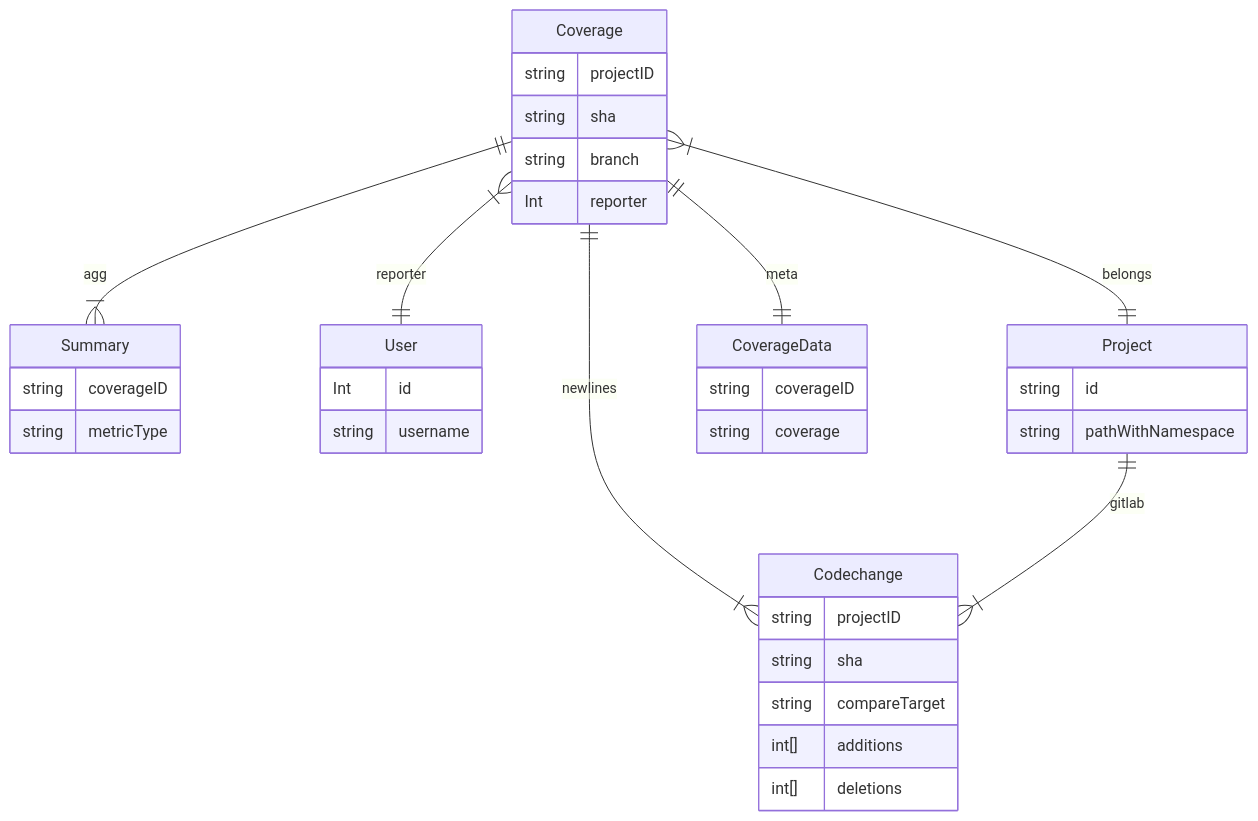
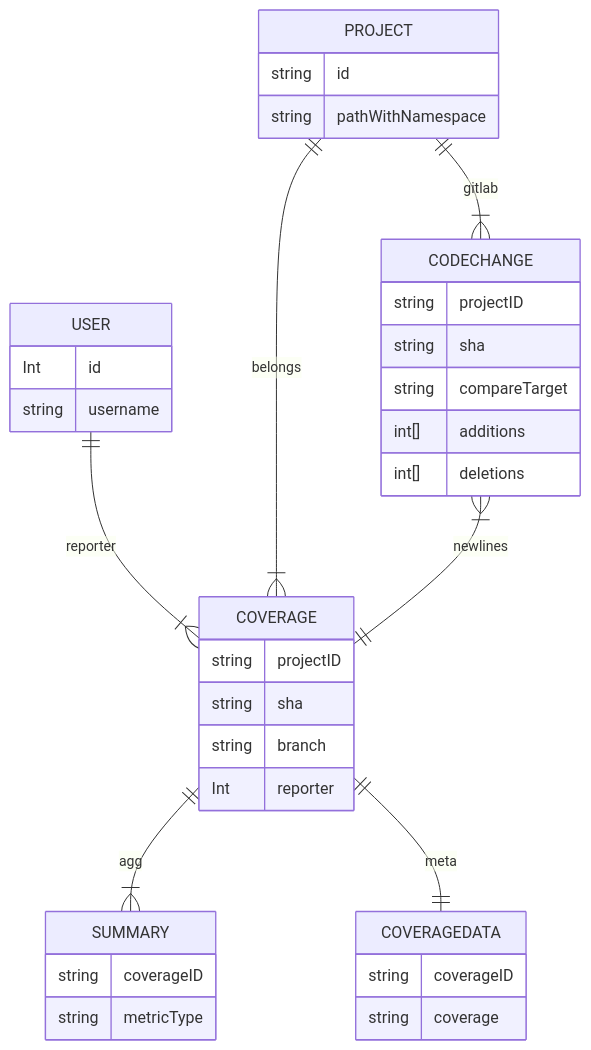
One commit to zhangtao25/canyon-design changed the diagram in er.md. Above: the diagram before and after it, drawn with Mermaid.

````diff
--- a/er.md
+++ b/er.md
@@ -1,39 +1,38 @@
 ```mermaid
 erDiagram
-    coverage[Coverage] {
+    COVERAGE ||--|{ SUMMARY : agg
+    COVERAGE {
         string projectID
         string sha
         string branch
         Int reporter
     }
-    summary["Summary"] {
+    SUMMARY {
         string coverageID
         string metricType
     }
-    user["User"] {
+    USER ||--|{ COVERAGE : reporter
+    USER {
         Int id
         string username
     }
-    project["Project"] {
+    PROJECT ||--|{ COVERAGE : belongs
+    PROJECT {
         string id
         string pathWithNamespace
     }
-    codechange["Codechange"] {
+    CODECHANGE }|--|| COVERAGE : newlines
+    CODECHANGE {
         string projectID
         string sha
         string compareTarget
         int[] additions
         int[] deletions
     }
-    coveragedata[CoverageData] {
+    COVERAGE ||--|| COVERAGEDATA : meta
+    COVERAGEDATA {
         string coverageID
         string coverage
     }
-    
-    coverage ||--|| coveragedata : meta
-    coverage ||--|{ summary : agg
-    coverage ||--|{ codechange : newlines
-    coverage }|--|| project : belongs
-    coverage }|--|| user : reporter
-    project ||--|{ codechange : gitlab
+    PROJECT ||--|{ CODECHANGE : gitlab
 ```
````
